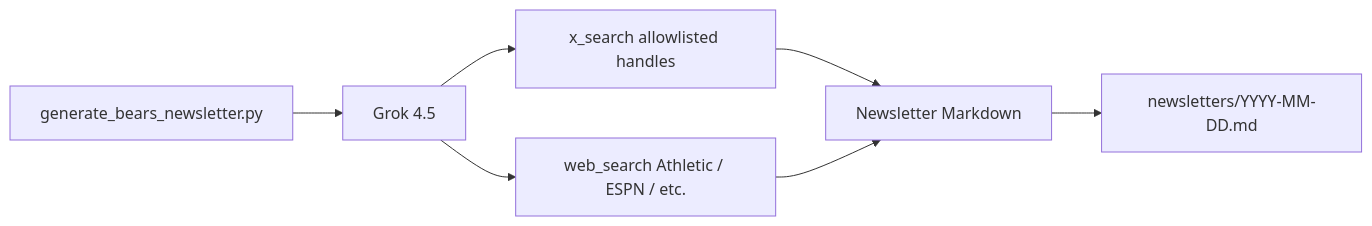
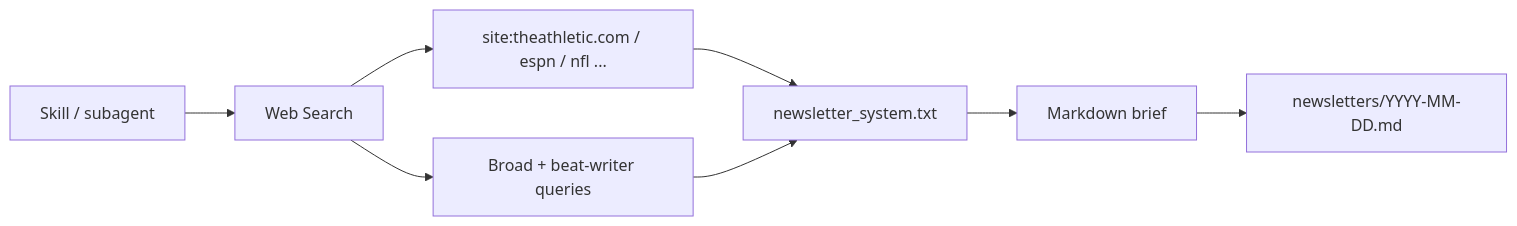
Before and after one commit to stevenhayes97/chicago-bears-news-agent: the diagram in README.md, drawn with Mermaid. The commit also changed other lines of this file and 8 other files, not shown here.

First line of the commit message:
Switch Bears newsletter to Cursor Web Search workflow (#2)

````diff
--- a/README.md
+++ b/README.md
@@ -51,9 +44,10 @@
 ```mermaid
 flowchart LR
-  A[generate_bears_newsletter.py] --> B[Grok 4.5]
-  B --> C[x_search allowlisted handles]
-  B --> D[web_search Athletic / ESPN / etc.]
-  C --> E[Newsletter Markdown]
+  A[Skill / subagent] --> B[Web Search]
+  B --> C[site:theathletic.com / espn / nfl ...]
+  B --> D[Broad + beat-writer queries]
+  C --> E[newsletter_system.txt]
   D --> E
-  E --> F[newsletters/YYYY-MM-DD.md]
+  E --> F[Markdown brief]
+  F --> G[newsletters/YYYY-MM-DD.md]
 ```
````
